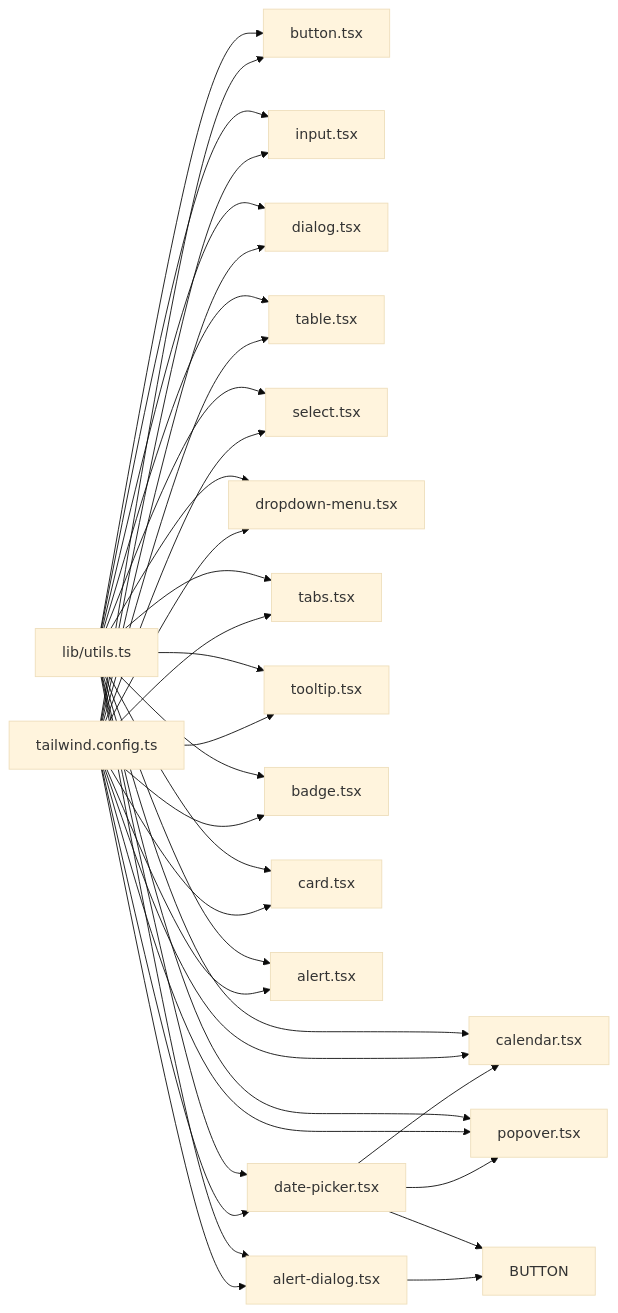
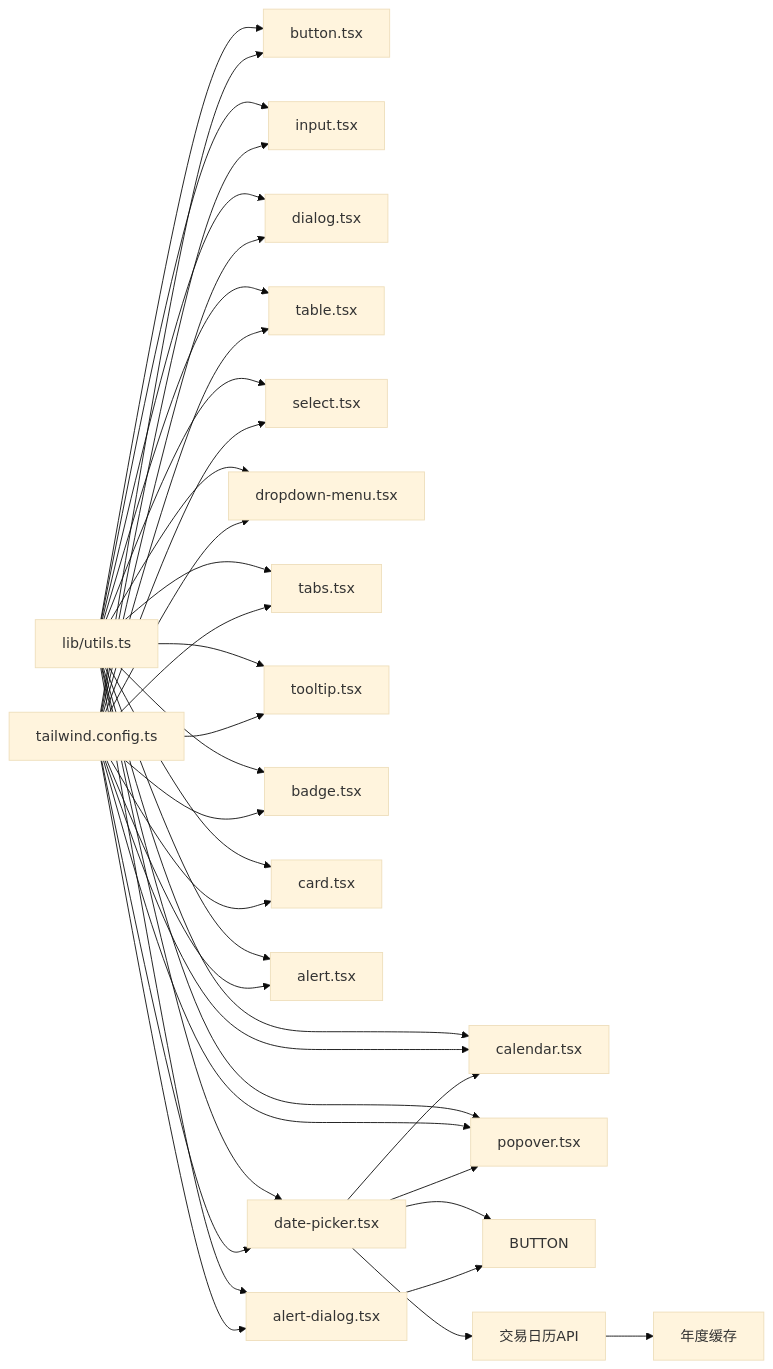
The tenth of 10 diagrams in .qoder/repowiki/zh/content/前端应用架构/组件系统架构/UI组件库.md (gujialind/InvestRing), drawn with Mermaid (base theme) before and after one commit. The commit also changed other lines of this file and 15 other files, not shown here.

````diff
--- a/.qoder/repowiki/zh/content/前端应用架构/组件系统架构/UI组件库.md
+++ b/.qoder/repowiki/zh/content/前端应用架构/组件系统架构/UI组件库.md
@@ -513,37 +531,39 @@
 ```mermaid
 graph LR
 UTIL["lib/utils.ts"] --> BTN["button.tsx"]
 UTIL --> INP["input.tsx"]
 UTIL --> DIALOG["dialog.tsx"]
 UTIL --> TABLE["table.tsx"]
 UTIL --> SELECT["select.tsx"]
 UTIL --> DROPDOWN["dropdown-menu.tsx"]
 UTIL --> CALENDAR["calendar.tsx"]
 UTIL --> POPOVER["popover.tsx"]
 UTIL --> TABS["tabs.tsx"]
 UTIL --> TOOLTIP["tooltip.tsx"]
 UTIL --> BADGE["badge.tsx"]
 UTIL --> CARD["card.tsx"]
 UTIL --> ALERT["alert.tsx"]
 UTIL --> ALERT_DIALOG["alert-dialog.tsx"]
 UTIL --> DATE_PICKER["date-picker.tsx"]
 TW["tailwind.config.ts"] --> BTN
 TW --> INP
 TW --> DIALOG
 TW --> TABLE
 TW --> SELECT
 TW --> DROPDOWN
 TW --> CALENDAR
 TW --> POPOVER
 TW --> TABS
 TW --> TOOLTIP
 TW --> BADGE
 TW --> CARD
 TW --> ALERT
 TW --> ALERT_DIALOG
 TW --> DATE_PICKER
 DATE_PICKER --> POPOVER
 DATE_PICKER --> CALENDAR
 DATE_PICKER --> BUTTON
 ALERT_DIALOG --> BUTTON
+DATE_PICKER --> TRADING_API["交易日历API"]
+TRADING_API --> CACHE["年度缓存"]
 ```
````
